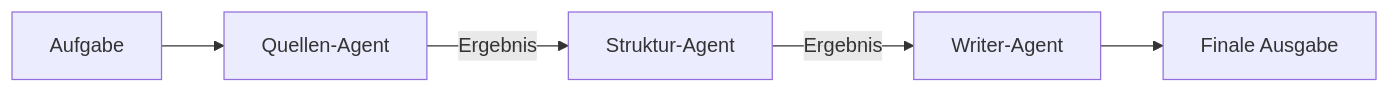
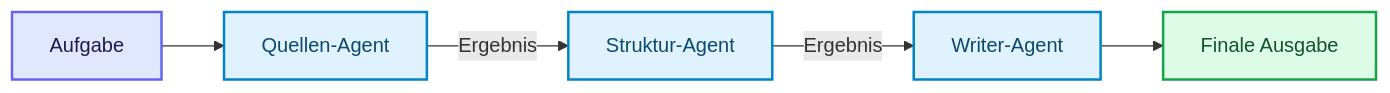
One commit to ralf-42/Agenten changed the third of 10 diagrams in docs/06-multi-agent-erweiterungen/multi-agent-systeme.md. Above: the diagram before and after it, drawn with Mermaid. The commit also changed other lines of this file and 18 other files, not shown here.

````diff
--- a/docs/06-multi-agent-erweiterungen/multi-agent-systeme.md
+++ b/docs/06-multi-agent-erweiterungen/multi-agent-systeme.md
@@ -130,7 +148,14 @@
 ```mermaid
 flowchart LR
     A[Aufgabe] --> B[Quellen-Agent]
     B -->|Ergebnis| C[Struktur-Agent]
     C -->|Ergebnis| D[Writer-Agent]
     D --> E[Finale Ausgabe]
+
+    classDef default fill:#e0f2fe,stroke:#0284c7,stroke-width:2px,color:#0c4a6e;
+    classDef input fill:#e0e7ff,stroke:#6366f1,stroke-width:2px,color:#1e1b4b;
+    classDef output fill:#dcfce7,stroke:#16a34a,stroke-width:2px,color:#14532d;
+
+    class A input;
+    class E output;
 ```
````
